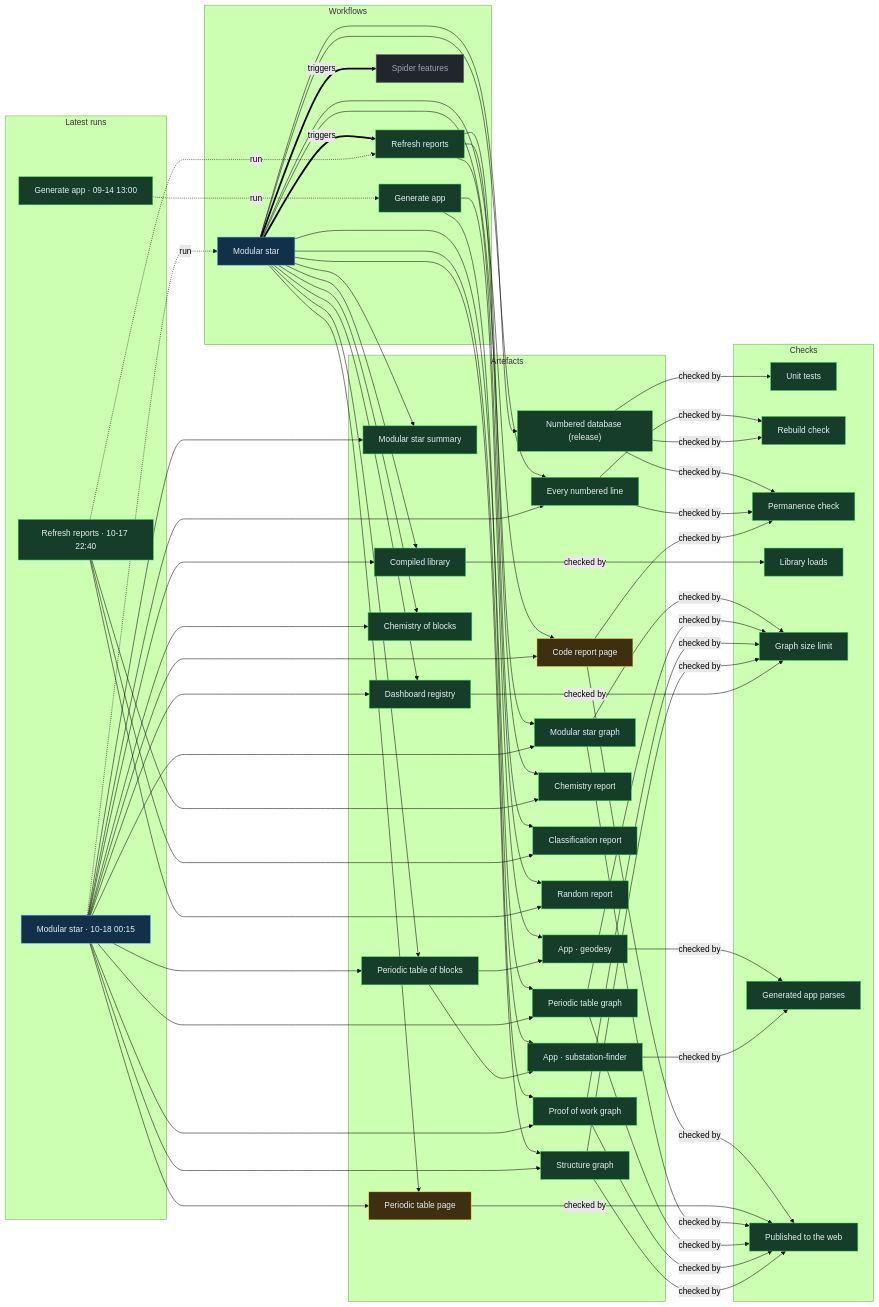
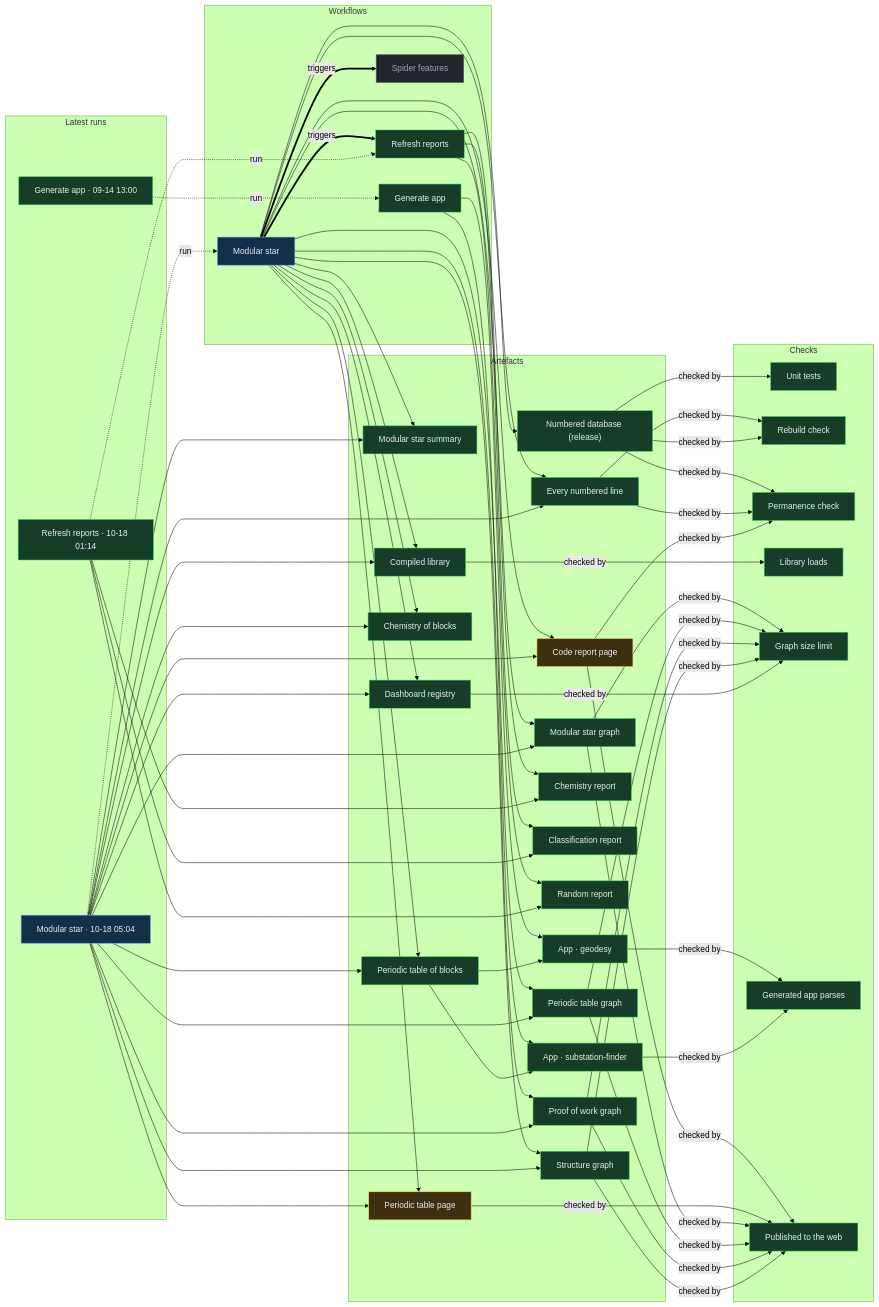
One commit to Ventusltd/stars changed the diagram in proof/PROOF.md. Above: the diagram before and after it, drawn with Mermaid (forest theme). The commit also changed other lines of this file and 44 other files, not shown here.

Commit message:
Modular star 2026-10-18T05:07Z

```diff
--- a/proof/PROOF.md
+++ b/proof/PROOF.md
@@ -24,8 +24,8 @@
   n_wf_spider_features["Spider features"]:::off
   end
   subgraph g_runs["Latest runs"]
-  n_run_39082093135["Modular star · 10-18 00:15"]:::live
-  n_run_39076002478["Refresh reports · 10-17 22:40"]:::ok
+  n_run_39099315256["Modular star · 10-18 05:04"]:::live
+  n_run_39085768156["Refresh reports · 10-18 01:14"]:::ok
   n_run_34846587798["Generate app · 09-14 13:00"]:::ok
   end
   subgraph g_artefacts["Artefacts"]
@@ -59,39 +59,39 @@
   end
   n_wf_modular_star == triggers ==> n_wf_refresh
   n_wf_modular_star == triggers ==> n_wf_spider_features
-  n_run_39082093135 -. run .-> n_wf_modular_star
-  n_run_39076002478 -. run .-> n_wf_refresh
+  n_run_39099315256 -. run .-> n_wf_modular_star
+  n_run_39085768156 -. run .-> n_wf_refresh
   n_run_34846587798 -. run .-> n_wf_generate
   n_wf_modular_star --> n_art_summary
-  n_run_39082093135 --> n_art_summary
+  n_run_39099315256 --> n_art_summary
   n_wf_modular_star --> n_art_lines
-  n_run_39082093135 --> n_art_lines
+  n_run_39099315256 --> n_art_lines
   n_wf_modular_star --> n_art_code
-  n_run_39082093135 --> n_art_code
+  n_run_39099315256 --> n_art_code
   n_wf_modular_star --> n_art_modular_graph
-  n_run_39082093135 --> n_art_modular_graph
+  n_run_39099315256 --> n_art_modular_graph
   n_wf_modular_star --> n_art_blocks
-  n_run_39082093135 --> n_art_blocks
+  n_run_39099315256 --> n_art_blocks
   n_wf_modular_star --> n_art_table
-  n_run_39082093135 --> n_art_table
+  n_run_39099315256 --> n_art_table
   n_wf_modular_star --> n_art_blocks_graph
-  n_run_39082093135 --> n_art_blocks_graph
+  n_run_39099315256 --> n_art_blocks_graph
   n_wf_modular_star --> n_art_reactions
-  n_run_39082093135 --> n_art_reactions
+  n_run_39099315256 --> n_art_reactions
   n_wf_modular_star --> n_art_library
-  n_run_39082093135 --> n_art_library
+  n_run_39099315256 --> n_art_library
   n_wf_modular_star --> n_art_features
-  n_run_39082093135 --> n_art_features
+  n_run_39099315256 --> n_art_features
   n_wf_modular_star --> n_art_proof
-  n_run_39082093135 --> n_art_proof
+  n_run_39099315256 --> n_art_proof
   n_wf_modular_star --> n_art_structure
-  n_run_39082093135 --> n_art_structure
+  n_run_39099315256 --> n_art_structure
   n_wf_refresh --> n_art_chemistry
-  n_run_39076002478 --> n_art_chemistry
+  n_run_39085768156 --> n_art_chemistry
   n_wf_refresh --> n_art_vedic
-  n_run_39076002478 --> n_art_vedic
+  n_run_39085768156 --> n_art_vedic
   n_wf_refresh --> n_art_random
-  n_run_39076002478 --> n_art_random
+  n_run_39085768156 --> n_art_random
   n_wf_modular_star --> n_art_release
   n_wf_generate --> n_app_geodesy
   n_art_blocks --> n_app_geodesy
```
